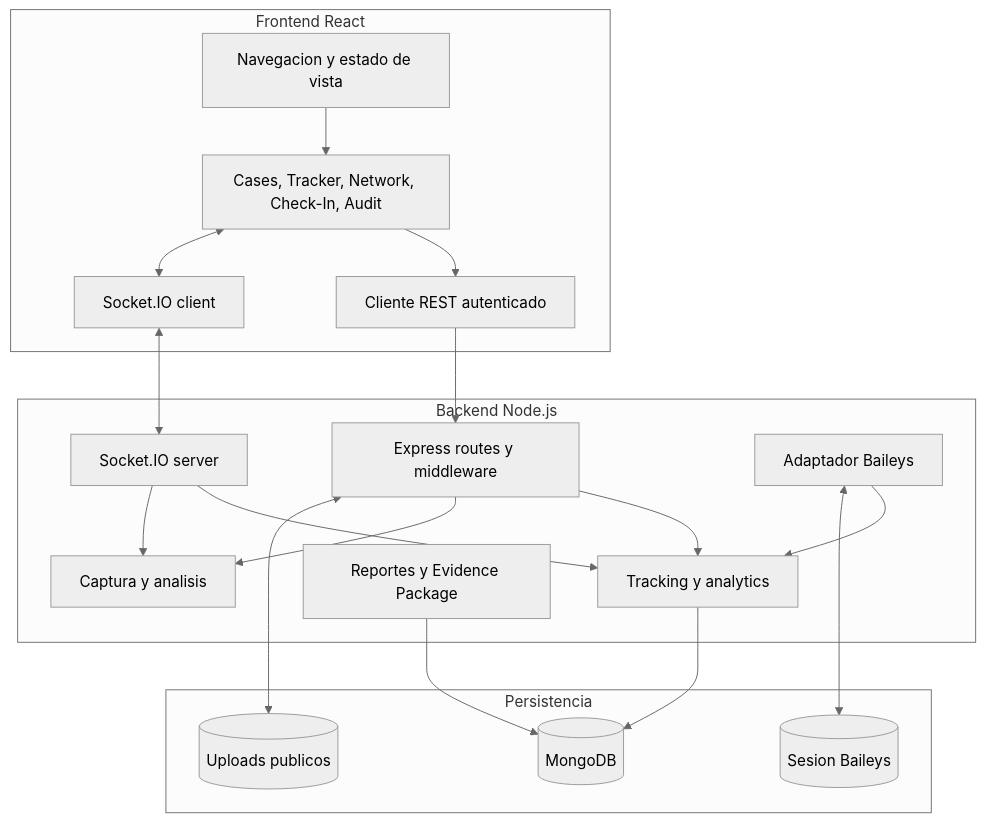
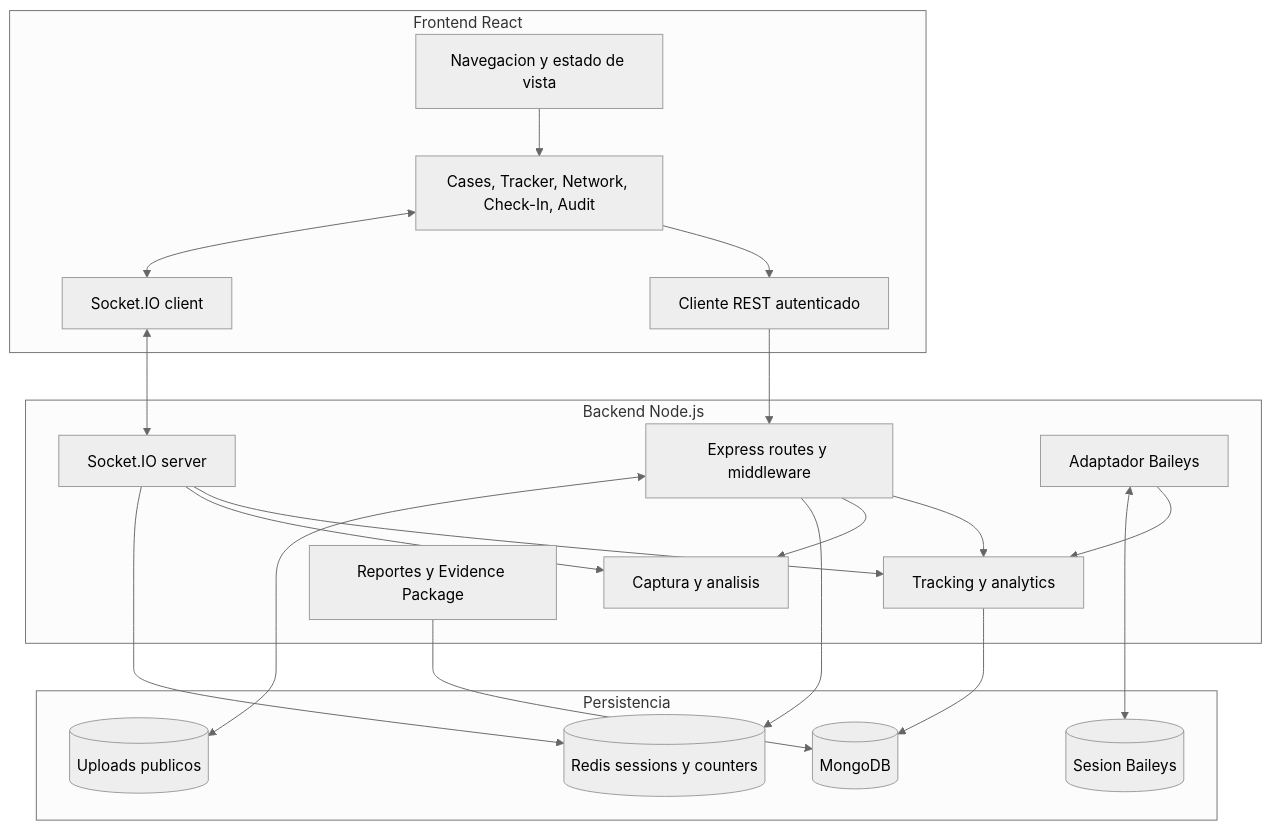
One commit to deco31416/wp-monitor changed the diagram in docs/diagrams/02-container-view.md. Above: the diagram before and after it, drawn with Mermaid (neutral theme). The commit also changed other lines of this file and 121 other files, not shown here.

````diff
--- a/docs/diagrams/02-container-view.md
+++ b/docs/diagrams/02-container-view.md
@@ -7,37 +7,40 @@
 ```mermaid
 flowchart TB
     subgraph Client[Frontend React]
       Navigation[Navegacion y estado de vista]
       Screens[Cases, Tracker, Network, Check-In, Audit]
       Http[Cliente REST autenticado]
       SocketClient[Socket.IO client]
     end
 
     subgraph API[Backend Node.js]
       Express[Express routes y middleware]
       SocketServer[Socket.IO server]
       Baileys[Adaptador Baileys]
       Tracking[Tracking y analytics]
       Capture[Captura y analisis]
       Reporting[Reportes y Evidence Package]
     end
 
     subgraph Persistence[Persistencia]
       Mongo[(MongoDB)]
+      Redis[(Redis sessions y counters)]
       Session[(Sesion Baileys)]
       Uploads[(Uploads publicos)]
     end
 
     Navigation --> Screens
     Screens --> Http --> Express
     Screens <--> SocketClient <--> SocketServer
     Express --> Tracking
     SocketServer --> Tracking
     Express --> Capture
     SocketServer --> Capture
     Baileys --> Tracking
     Tracking --> Mongo
+    Express --> Redis
+    SocketServer --> Redis
     Reporting --> Mongo
     Baileys <--> Session
     Express <--> Uploads
 ```
````
